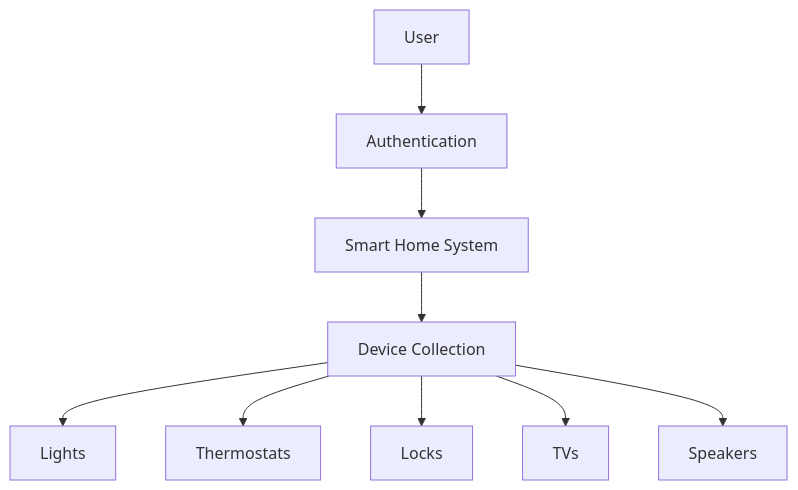
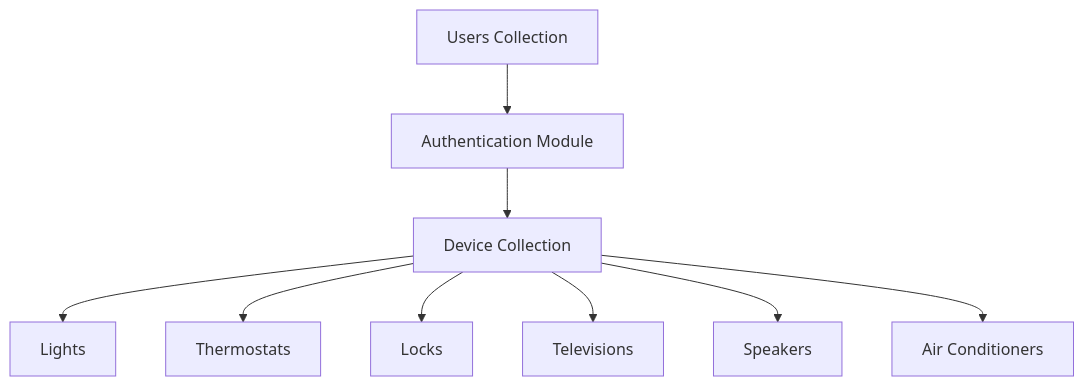
Before and after one commit to montalvocanojacquelinem3s2-cyber/CBTis47_log_dispositivoss_m3s2: the diagram in README.md, drawn with Mermaid. The commit also changed other lines of this file, not shown here.

````diff
--- a/README.md
+++ b/README.md
@@ -183,11 +180,24 @@
 ```mermaid
 graph TD
-    A[User] --> B[Authentication]
-    B --> C[Smart Home System]
-    C --> D[Device Collection]
-    D --> E[Lights]
-    D --> F[Thermostats]
-    D --> G[Locks]
-    D --> H[TVs]
-    D --> I[Speakers]
+
+    A[Users Collection]
+    B[Authentication Module]
+    C[Device Collection]
+
+    D[Lights]
+    E[Thermostats]
+    F[Locks]
+    G[Televisions]
+    H[Speakers]
+    I[Air Conditioners]
+
+    A --> B
+    B --> C
+
+    C --> D
+    C --> E
+    C --> F
+    C --> G
+    C --> H
+    C --> I
 ```
````
